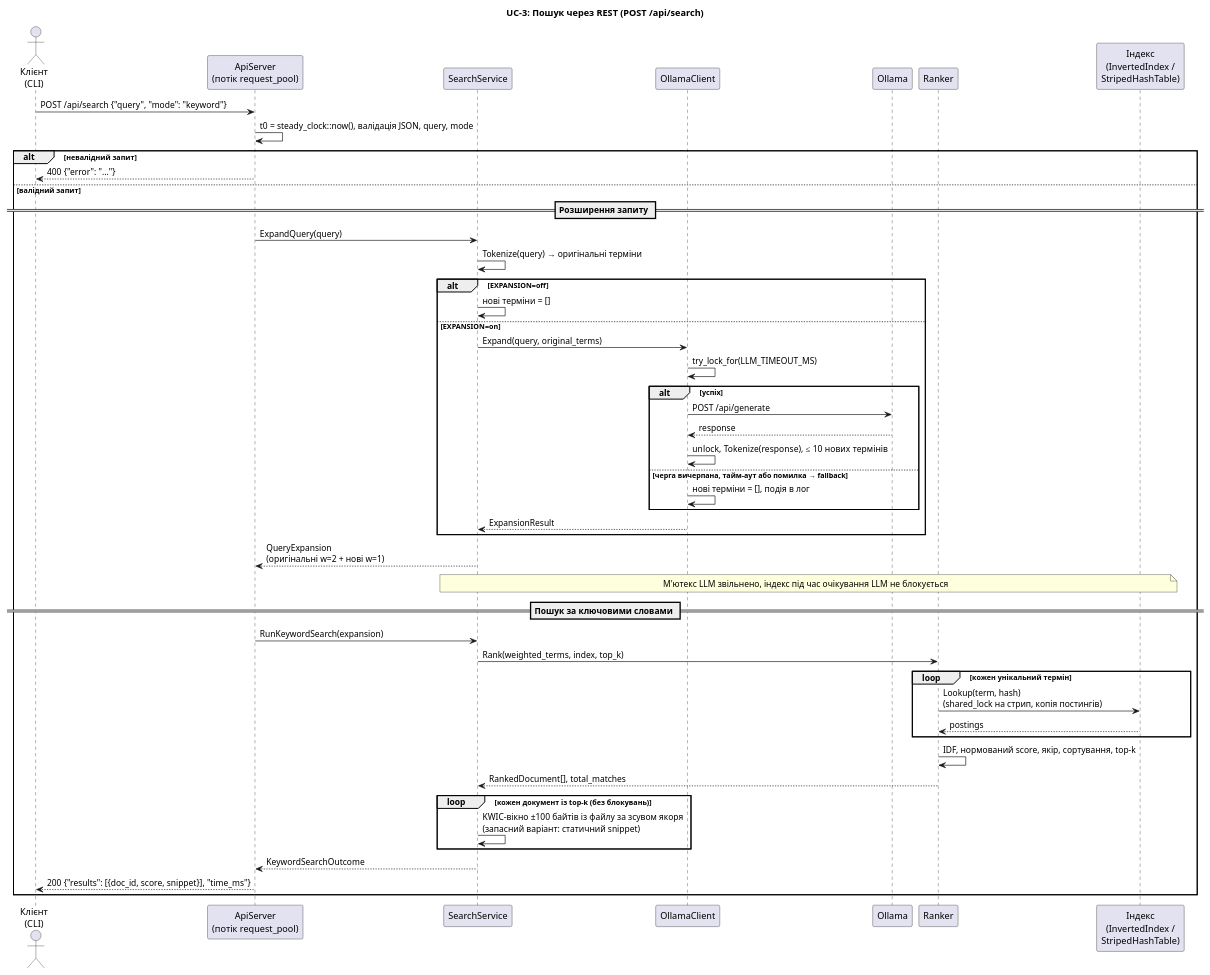
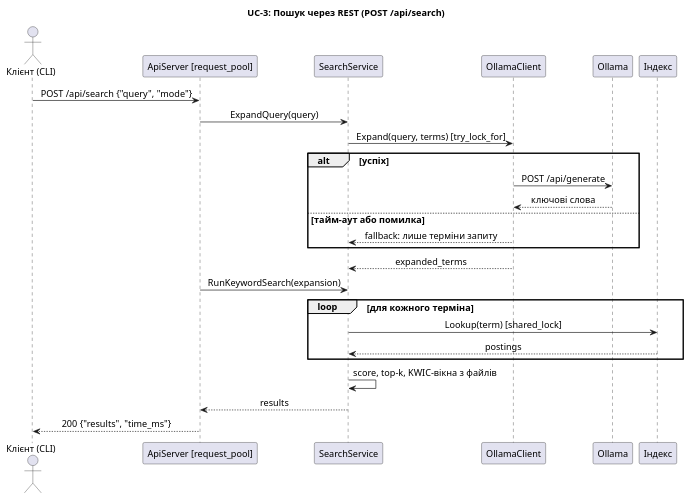
One commit to DariaMelnyk0206/course_work_parallel_computing changed the diagram in docs/uml/sequence_uc3_rest_search.puml. Above: the diagram before and after it, drawn with PlantUML. The commit also changed 18 other files, not shown here.

Commit message:
docs(uml): make all diagrams readable

```diff
--- a/docs/uml/sequence_uc3_rest_search.puml
+++ b/docs/uml/sequence_uc3_rest_search.puml
@@ -1,52 +1,31 @@
 @startuml sequence_uc3_rest_search
 title UC-3: Пошук через REST (POST /api/search)
 skinparam shadowing false
-skinparam responseMessageBelowArrow true
-actor "Клієнт\n(CLI)" as Cli
-participant "ApiServer\n(потік request_pool)" as Api
-participant SearchService as Svc
-participant OllamaClient as Oc
-participant "Ollama" as Llm
-participant Ranker as Rank
-participant "Індекс\n(InvertedIndex /\nStripedHashTable)" as Idx
-
-Cli -> Api : POST /api/search {"query", "mode": "keyword"}
-Api -> Api : t0 = steady_clock::now(), валідація JSON, query, mode
-alt невалідний запит
-  Api --> Cli : 400 {"error": "..."}
-else валідний запит
-  == Розширення запиту ==
-  Api -> Svc : ExpandQuery(query)
-  Svc -> Svc : Tokenize(query) → оригінальні терміни
-  alt EXPANSION=off
-    Svc -> Svc : нові терміни = []
-  else EXPANSION=on
-    Svc -> Oc : Expand(query, original_terms)
-    Oc -> Oc : try_lock_for(LLM_TIMEOUT_MS)
-    alt успіх
-      Oc -> Llm : POST /api/generate
-      Llm --> Oc : response
-      Oc -> Oc : unlock, Tokenize(response), ≤ 10 нових термінів
-    else черга вичерпана, тайм-аут або помилка → fallback
-      Oc -> Oc : нові терміни = [], подія в лог
-    end
-    Oc --> Svc : ExpansionResult
-  end
-  Svc --> Api : QueryExpansion\n(оригінальні w=2 + нові w=1)
-  note over Svc, Idx : М'ютекс LLM звільнено, індекс під час очікування LLM не блокується
-  == Пошук за ключовими словами ==
-  Api -> Svc : RunKeywordSearch(expansion)
-  Svc -> Rank : Rank(weighted_terms, index, top_k)
-  loop кожен унікальний термін
-    Rank -> Idx : Lookup(term, hash)\n(shared_lock на стрип, копія постингів)
-    Idx --> Rank : postings
-  end
-  Rank -> Rank : IDF, нормований score, якір, сортування, top-k
-  Rank --> Svc : RankedDocument[], total_matches
-  loop кожен документ із top-k (без блокувань)
-    Svc -> Svc : KWIC-вікно ±100 байтів із файлу за зсувом якоря\n(запасний варіант: статичний snippet)
-  end
-  Svc --> Api : KeywordSearchOutcome
-  Api --> Cli : 200 {"results": [{doc_id, score, snippet}], "time_ms"}
+skinparam sequenceMessageAlign center
+skinparam defaultFontSize 14
+skinparam maxMessageSize 260
+actor "Клієнт (CLI)" as C
+participant "ApiServer [request_pool]" as A
+participant SearchService as S
+participant OllamaClient as O
+participant Ollama as L
+participant "Індекс" as I
+C -> A : POST /api/search {"query", "mode"}
+A -> S : ExpandQuery(query)
+S -> O : Expand(query, terms) [try_lock_for]
+alt успіх
+  O -> L : POST /api/generate
+  L --> O : ключові слова
+else тайм-аут або помилка
+  O --> S : fallback: лише терміни запиту
 end
+O --> S : expanded_terms
+A -> S : RunKeywordSearch(expansion)
+loop для кожного терміна
+  S -> I : Lookup(term) [shared_lock]
+  I --> S : postings
+end
+S -> S : score, top-k, KWIC-вікна з файлів
+S --> A : results
+A --> C : 200 {"results", "time_ms"}
 @enduml
```
